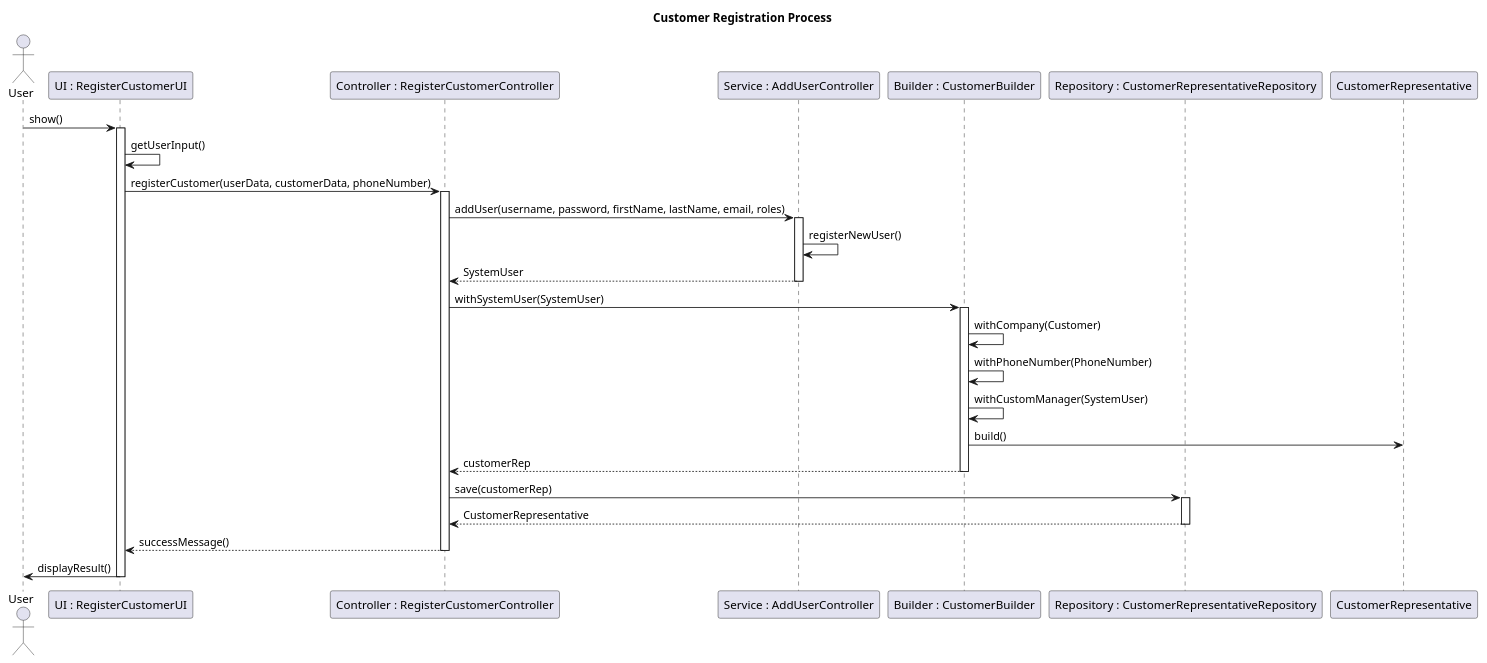
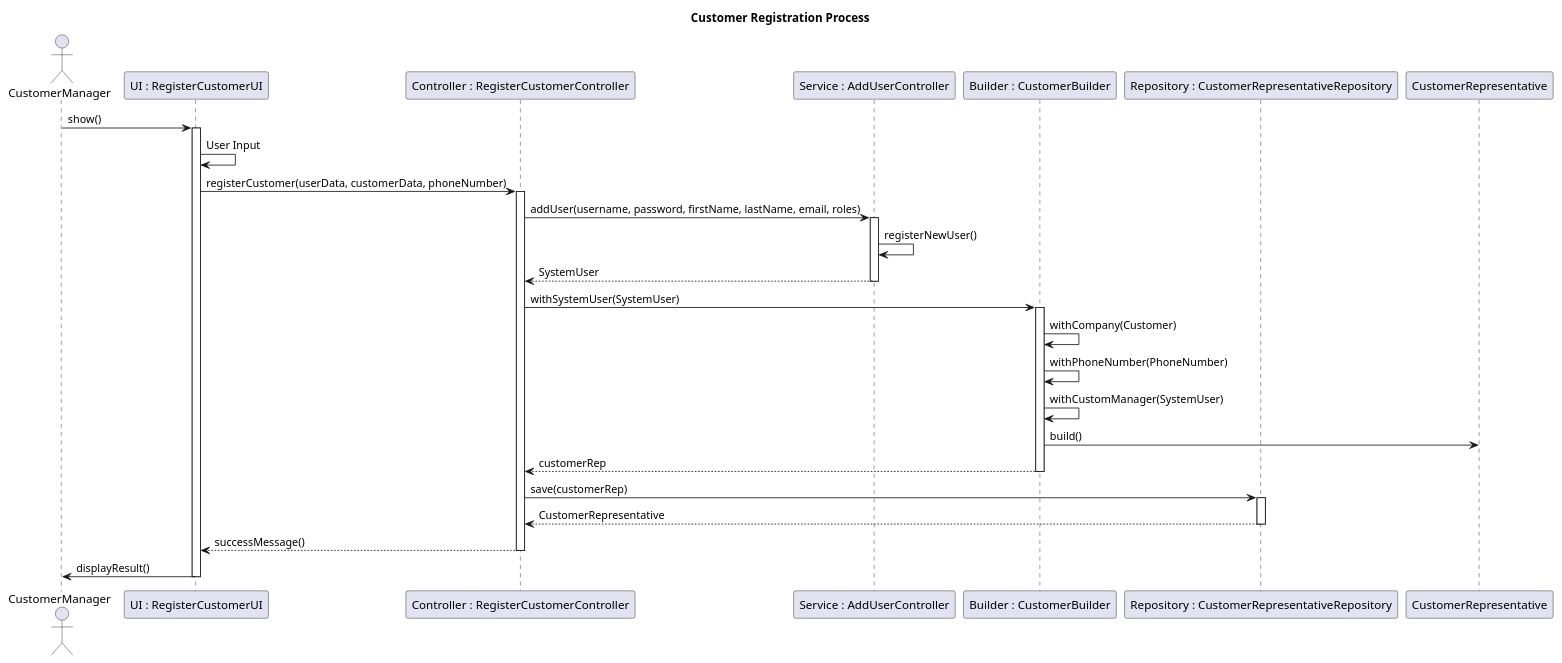
Before and after one commit to Mendoncaa/LAPR4: the diagram in docs/sprintB/US1001/03.design/puml/SD.puml, drawn with PlantUML. The commit also changed 28 other files, not shown here.

```diff
--- a/docs/sprintB/US1001/03.design/puml/SD.puml
+++ b/docs/sprintB/US1001/03.design/puml/SD.puml
@@ -1,49 +1,49 @@
 @startuml
 
 title Customer Registration Process
 
-actor "User" as user
+actor "CustomerManager" as user
 participant "UI : RegisterCustomerUI" as UI
 participant "Controller : RegisterCustomerController" as controller
 participant "Service : AddUserController" as userService
 participant "Builder : CustomerBuilder" as builder
 participant "Repository : CustomerRepresentativeRepository" as customerRepo
 participant "CustomerRepresentative" as customerRep
 
 
 user -> UI : show()
 activate UI
 
-UI -> UI : getUserInput()
+UI -> UI : User Input
 
 UI -> controller : registerCustomer(userData, customerData, phoneNumber)
 activate controller
 
 controller -> userService : addUser(username, password, firstName, lastName, email, roles)
 activate userService
 userService -> userService : registerNewUser()
 return SystemUser
 deactivate userService
 
 controller -> builder : withSystemUser(SystemUser)
 activate builder
 builder -> builder : withCompany(Customer)
 builder -> builder : withPhoneNumber(PhoneNumber)
 builder -> builder : withCustomManager(SystemUser)
 builder -> customerRep : build()
 return customerRep
 deactivate builder
 
 controller -> customerRepo : save(customerRep)
 activate customerRepo
 customerRepo --> controller : CustomerRepresentative
 deactivate customerRepo
 
 controller --> UI : successMessage()
 deactivate controller
 
 UI -> user : displayResult()
 
 deactivate UI
 
 @enduml
```
